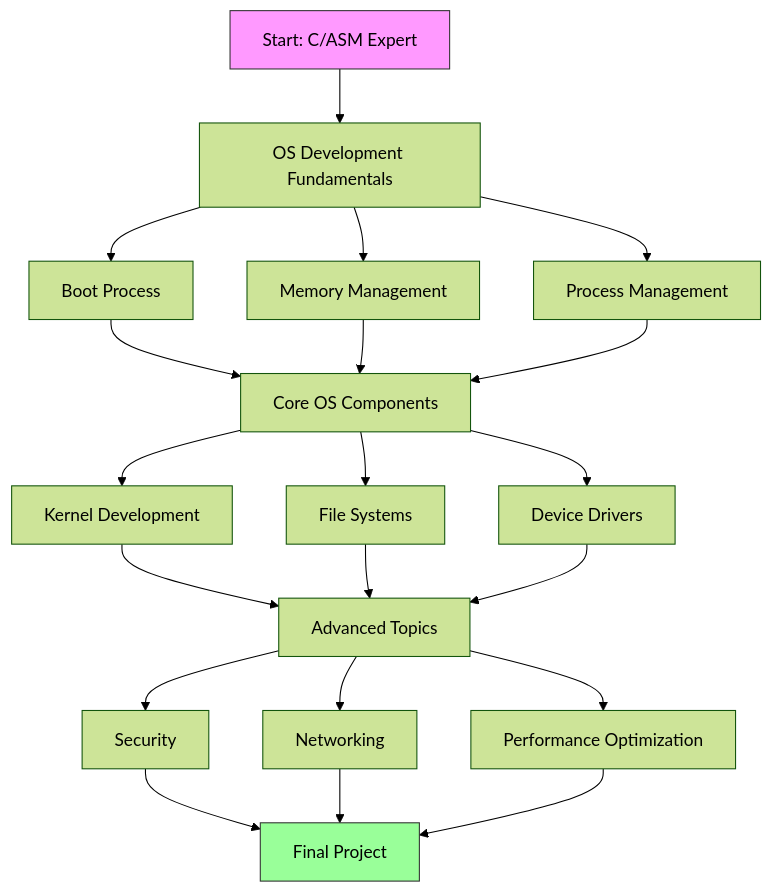
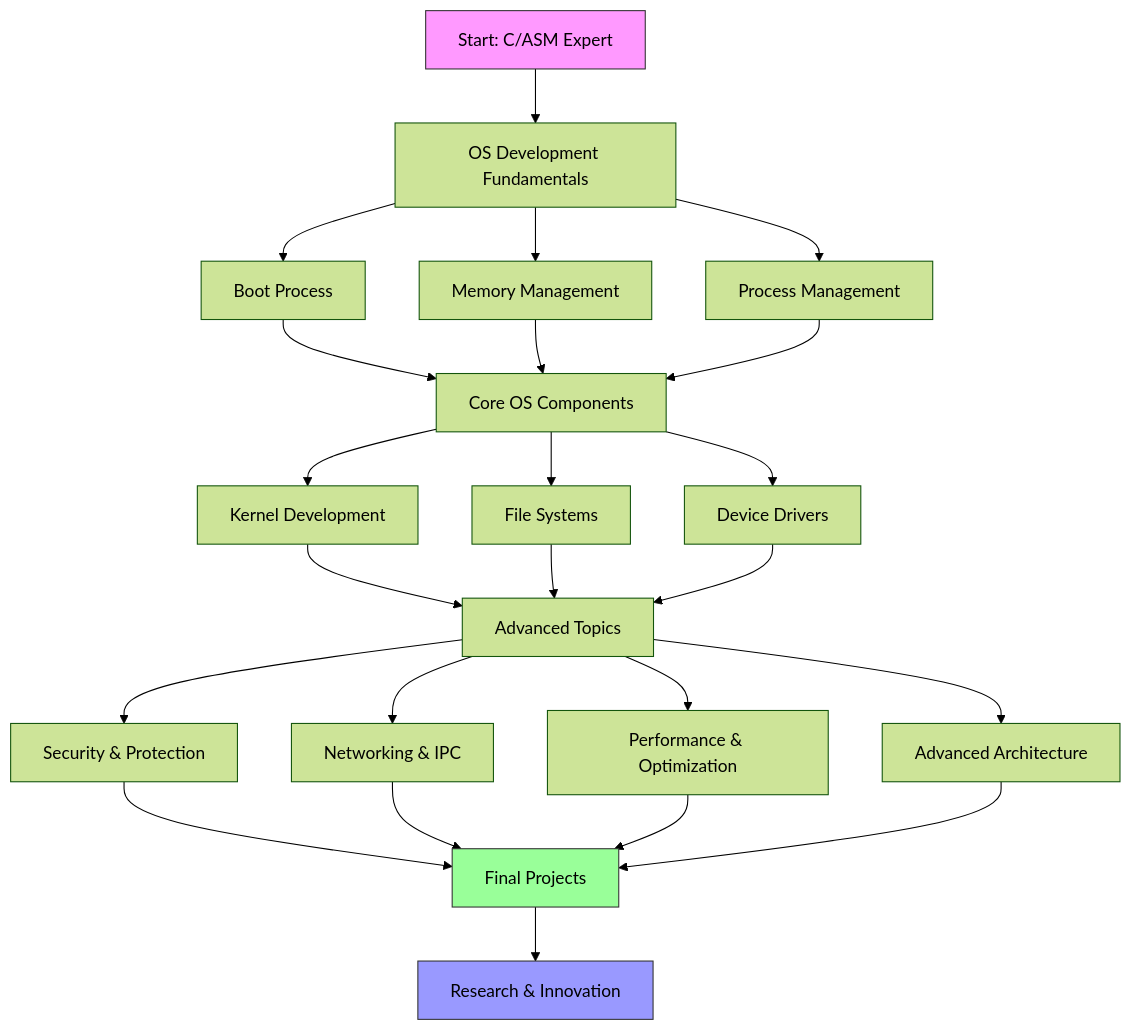
One commit to stanley-fork/amILearningEnough changed the diagram in Operating-System-Development/knowC.md. Above: the diagram before and after it, drawn with Mermaid (forest theme). The commit also changed other lines of this file, not shown here.

````diff
--- a/Operating-System-Development/knowC.md
+++ b/Operating-System-Development/knowC.md
@@ -4,31 +4,36 @@
 ```mermaid
 flowchart TD
     A[Start: C/ASM Expert] --> B[OS Development Fundamentals]
     
     B --> C[Boot Process]
     B --> D[Memory Management]
     B --> E[Process Management]
     
     C --> F[Core OS Components]
     D --> F
     E --> F
     
     F --> G[Kernel Development]
     F --> H[File Systems]
     F --> I[Device Drivers]
     
     G --> J[Advanced Topics]
     H --> J
     I --> J
     
-    J --> K[Security]
-    J --> L[Networking]
-    J --> M[Performance Optimization]
+    J --> K[Security & Protection]
+    J --> L[Networking & IPC]
+    J --> M[Performance & Optimization]
+    J --> O[Advanced Architecture]
     
-    K --> N[Final Project]
+    K --> N[Final Projects]
     L --> N
     M --> N
+    O --> N
+    
+    N --> P[Research & Innovation]
     
     style A fill:#f9f,stroke:#333
     style N fill:#9f9,stroke:#333
+    style P fill:#99f,stroke:#333
 ```
````
